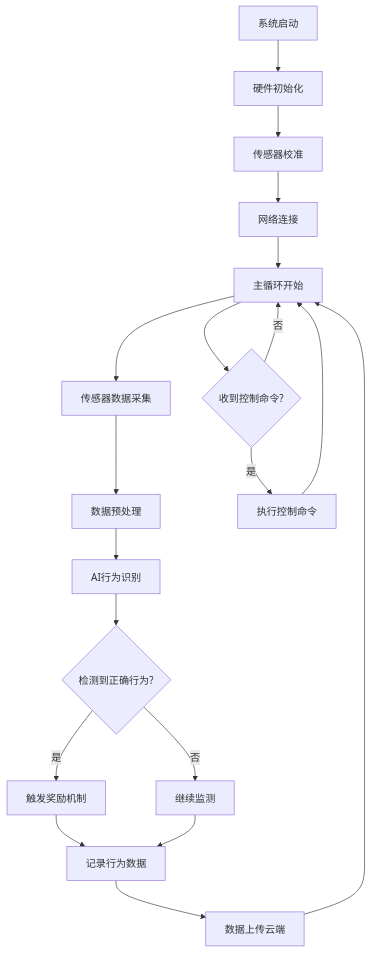
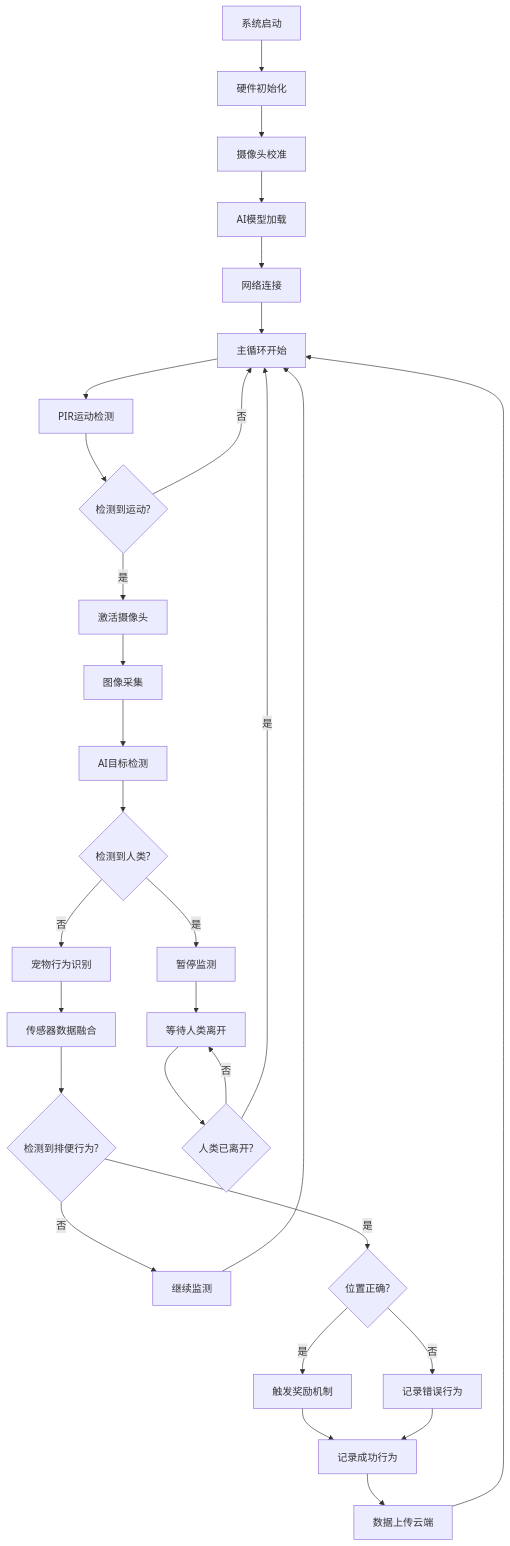
Before and after one commit to scudfei/poopal: the diagram in docs/software.md, drawn with Mermaid. The commit also changed other lines of this file, not shown here.

Commit message:
Update software architecture: Enhanced AI vision system, remove thermal imaging, add human detection filtering

````diff
--- a/docs/software.md
+++ b/docs/software.md
@@ -71,25 +245,41 @@
 ```mermaid
 graph TD
     A[系统启动] --> B[硬件初始化]
-    B --> C[传感器校准]
-    C --> D[网络连接]
-    D --> E[主循环开始]
+    B --> C[摄像头校准]
+    C --> D[AI模型加载]
+    D --> E[网络连接]
+    E --> F[主循环开始]
     
-    E --> F[传感器数据采集]
-    F --> G[数据预处理]
-    G --> H[AI行为识别]
-    H --> I{检测到正确行为?}
+    F --> G[PIR运动检测]
+    G --> H{检测到运动?}
+    H -->|否| F
+    H -->|是| I[激活摄像头]
     
-    I -->|是| J[触发奖励机制]
-    I -->|否| K[继续监测]
+    I --> J[图像采集]
+    J --> K[AI目标检测]
+    K --> L{检测到人类?}
     
-    J --> L[记录行为数据]
-    K --> L
-    L --> M[数据上传云端]
-    M --> E
+    L -->|是| M[暂停监测]
+    L -->|否| N[宠物行为识别]
     
-    E --> N{收到控制命令?}
-    N -->|是| O[执行控制命令]
-    N -->|否| E
-    O --> E
+    N --> O[传感器数据融合]
+    O --> P{检测到排便行为?}
+    
+    P -->|否| Q[继续监测]
+    P -->|是| R{位置正确?}
+    
+    R -->|否| S[记录错误行为]
+    R -->|是| T[触发奖励机制]
+    
+    T --> U[记录成功行为]
+    S --> U
+    U --> V[数据上传云端]
+    V --> F
+    
+    M --> W[等待人类离开]
+    W --> X{人类已离开?}
+    X -->|否| W
+    X -->|是| F
+    
+    Q --> F
 ```
````
